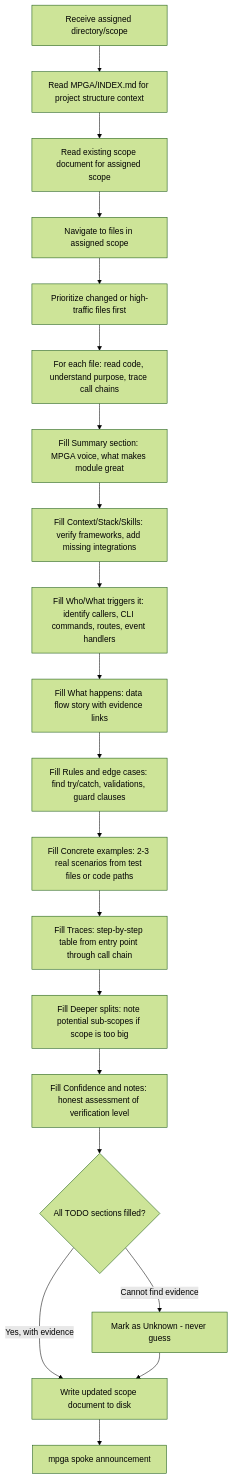
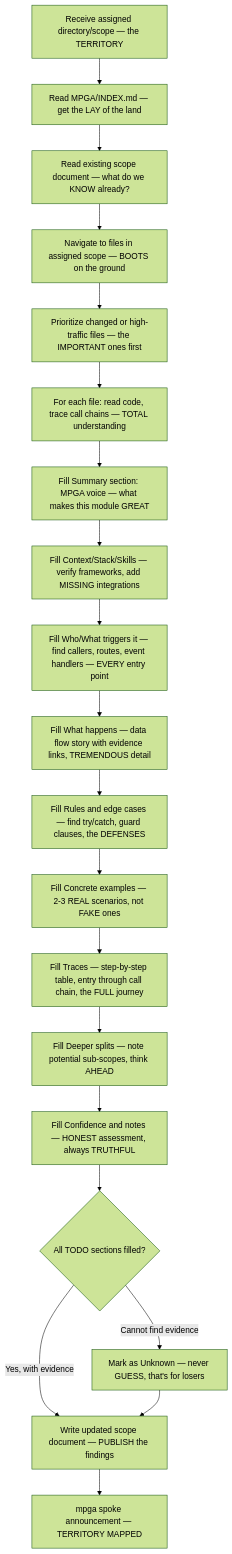
One commit to benrben/MPGA changed the diagram in docs/diagrams/agents/scout.md. Above: the diagram before and after it, drawn with Mermaid (forest theme). The commit also changed other lines of this file and 28 other files, not shown here.

First line of the commit message:
style: Trumpify all workflow diagrams — TREMENDOUS Mermaid charts

````diff
--- a/docs/diagrams/agents/scout.md
+++ b/docs/diagrams/agents/scout.md
@@ -5,22 +5,22 @@
 ```mermaid
 flowchart TD
-    A[Receive assigned directory/scope] --> B[Read MPGA/INDEX.md for project structure context]
-    B --> C[Read existing scope document for assigned scope]
-    C --> D[Navigate to files in assigned scope]
-    D --> E[Prioritize changed or high-traffic files first]
-    E --> F[For each file: read code, understand purpose, trace call chains]
-    F --> G[Fill Summary section: MPGA voice, what makes module great]
-    G --> H[Fill Context/Stack/Skills: verify frameworks, add missing integrations]
-    H --> I[Fill Who/What triggers it: identify callers, CLI commands, routes, event handlers]
-    I --> J[Fill What happens: data flow story with evidence links]
-    J --> K[Fill Rules and edge cases: find try/catch, validations, guard clauses]
-    K --> L[Fill Concrete examples: 2-3 real scenarios from test files or code paths]
-    L --> M[Fill Traces: step-by-step table from entry point through call chain]
-    M --> N[Fill Deeper splits: note potential sub-scopes if scope is too big]
-    N --> O[Fill Confidence and notes: honest assessment of verification level]
+    A[Receive assigned directory/scope — the TERRITORY] --> B[Read MPGA/INDEX.md — get the LAY of the land]
+    B --> C[Read existing scope document — what do we KNOW already?]
+    C --> D[Navigate to files in assigned scope — BOOTS on the ground]
+    D --> E[Prioritize changed or high-traffic files — the IMPORTANT ones first]
+    E --> F[For each file: read code, trace call chains — TOTAL understanding]
+    F --> G[Fill Summary section: MPGA voice — what makes this module GREAT]
+    G --> H[Fill Context/Stack/Skills — verify frameworks, add MISSING integrations]
+    H --> I[Fill Who/What triggers it — find callers, routes, event handlers — EVERY entry point]
+    I --> J[Fill What happens — data flow story with evidence links, TREMENDOUS detail]
+    J --> K[Fill Rules and edge cases — find try/catch, guard clauses, the DEFENSES]
+    K --> L[Fill Concrete examples — 2-3 REAL scenarios, not FAKE ones]
+    L --> M[Fill Traces — step-by-step table, entry through call chain, the FULL journey]
+    M --> N[Fill Deeper splits — note potential sub-scopes, think AHEAD]
+    N --> O[Fill Confidence and notes — HONEST assessment, always TRUTHFUL]
     O --> P{All TODO sections filled?}
-    P -->|Yes, with evidence| Q[Write updated scope document to disk]
-    P -->|Cannot find evidence| R["Mark as Unknown - never guess"]
+    P -->|Yes, with evidence| Q[Write updated scope document — PUBLISH the findings]
+    P -->|Cannot find evidence| R["Mark as Unknown — never GUESS, that's for losers"]
     R --> Q
-    Q --> S[mpga spoke announcement]
+    Q --> S[mpga spoke announcement — TERRITORY MAPPED]
 ```
````
